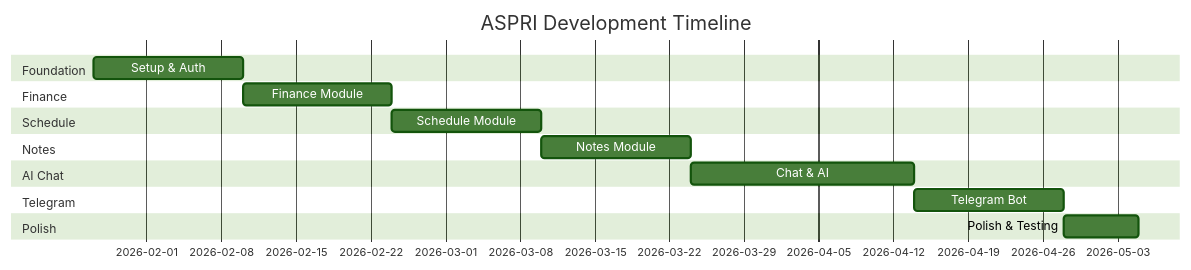
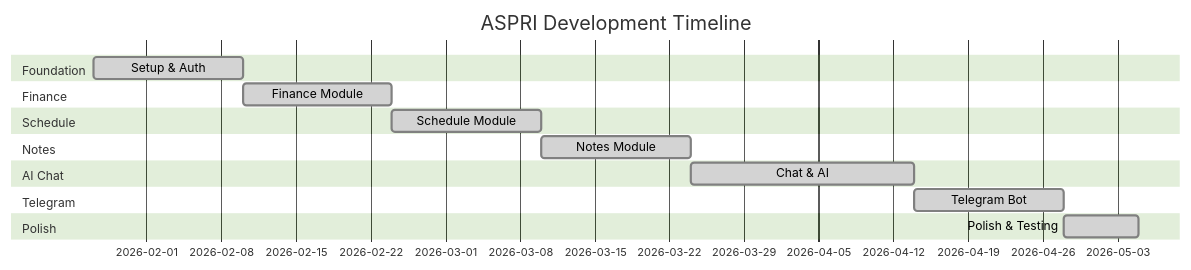
One commit to azmifauzan/aspri changed the diagram in docs/PLAN.md. Above: the diagram before and after it, drawn with Mermaid (forest theme). The commit also changed other lines of this file and 16 other files, not shown here.

````diff
--- a/docs/PLAN.md
+++ b/docs/PLAN.md
@@ -183,19 +183,19 @@
 ```mermaid
 gantt
-    title ASPRI Development Timeline
-    dateFormat  YYYY-MM-DD
-    section Foundation
-    Setup & Auth       :2026-01-27, 2w
-    section Finance
-    Finance Module     :2026-02-10, 2w
-    section Schedule
-    Schedule Module    :2026-02-24, 2w
-    section Notes
-    Notes Module       :2026-03-10, 2w
-    section AI Chat
-    Chat & AI         :2026-03-24, 3w
-    section Telegram
-    Telegram Bot      :2026-04-14, 2w
-    section Polish
-    Polish & Testing  :2026-04-28, 1w
+  title ASPRI Development Timeline
+  dateFormat YYYY-MM-DD
+  section Foundation
+  Setup & Auth :done, 2026-01-27, 2w
+  section Finance
+  Finance Module :done, 2026-02-10, 2w
+  section Schedule
+  Schedule Module :done, 2026-02-24, 2w
+  section Notes
+  Notes Module :done, 2026-03-10, 2w
+  section AI Chat
+  Chat & AI :done, 2026-03-24, 3w
+  section Telegram
+  Telegram Bot :done, 2026-04-14, 2w
+  section Polish
+  Polish & Testing :done, 2026-04-28, 1w
 ```
````
